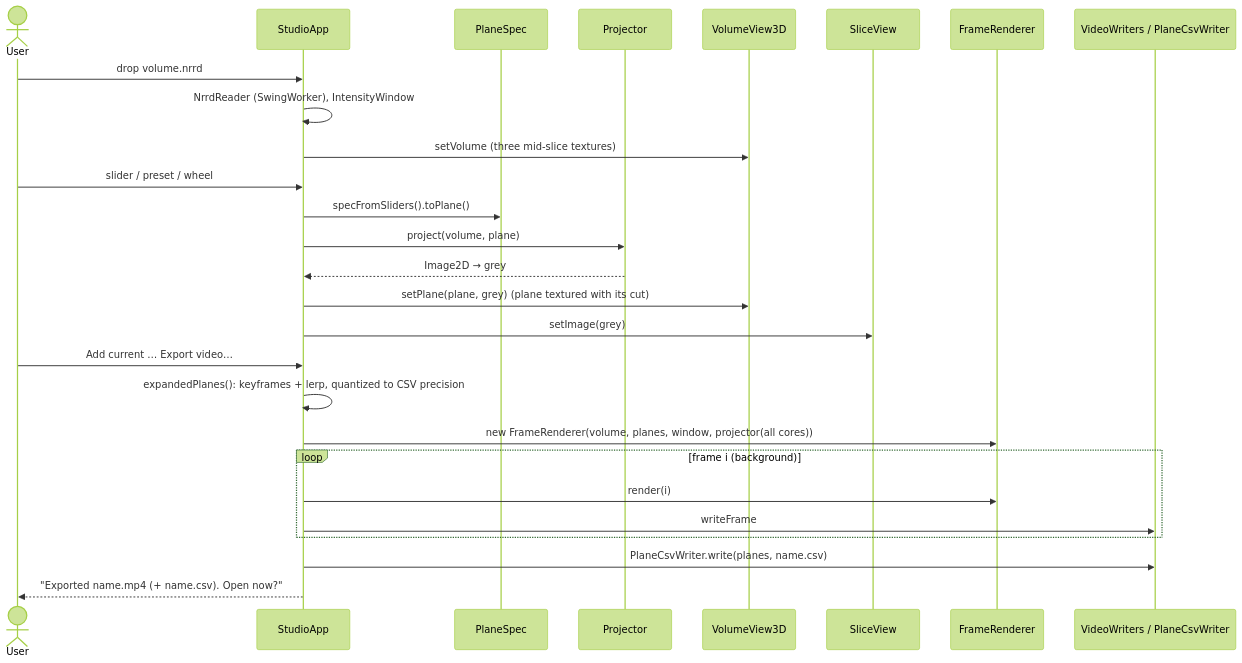
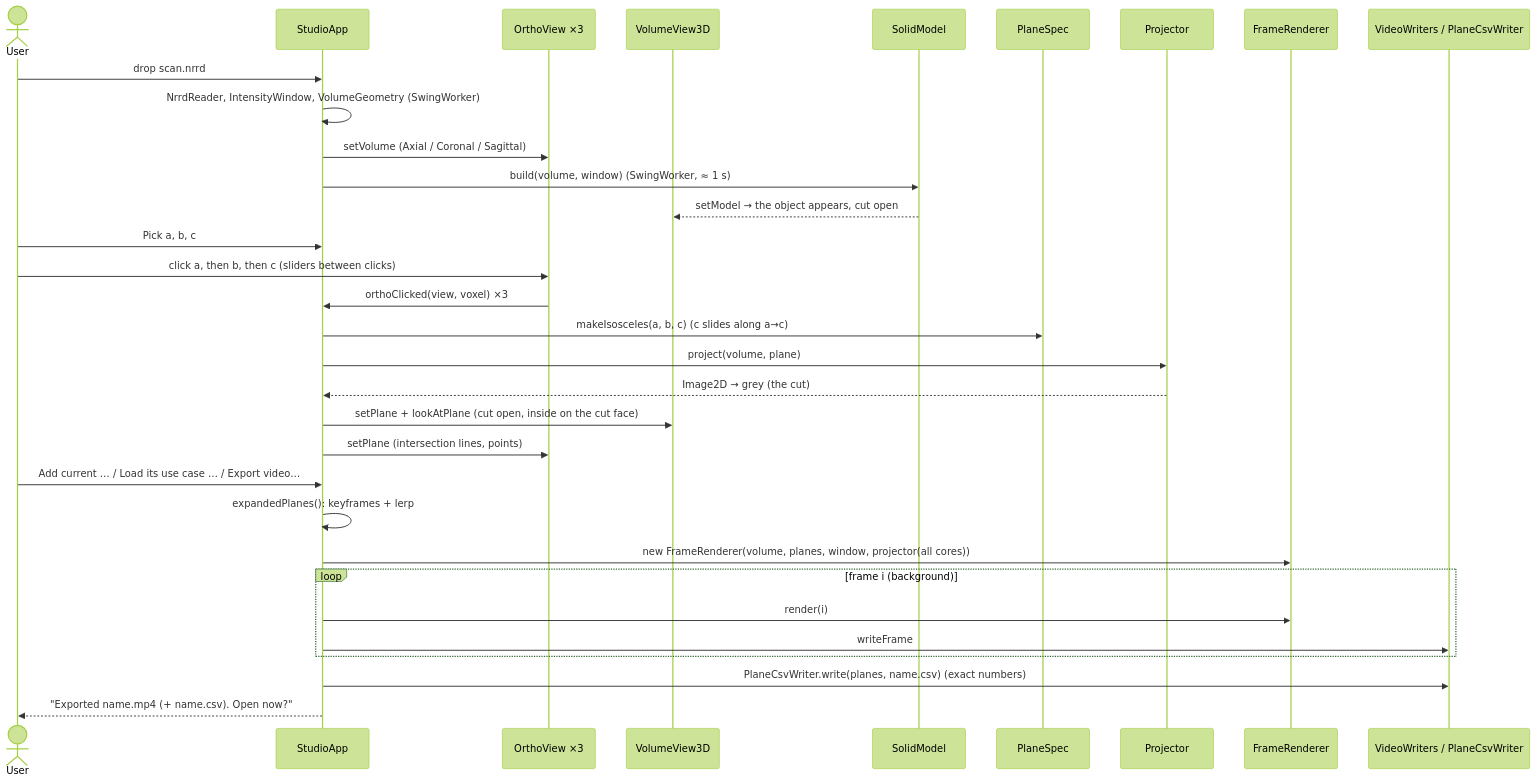
Before and after one commit to NoamTheGolem/Intro2SE_Ex1: the sixth of 6 diagrams in docs/SDD.md, drawn with Mermaid (forest theme). The commit also changed other lines of this file and 24 other files, not shown here.

````diff
--- a/docs/SDD.md
+++ b/docs/SDD.md
@@ -253,29 +323,34 @@
 ```mermaid
 sequenceDiagram
     actor U as User
     participant S as StudioApp
+    participant O as OrthoView ×3
+    participant V3 as VolumeView3D
+    participant M as SolidModel
     participant PS as PlaneSpec
     participant P as Projector
-    participant V3 as VolumeView3D
-    participant V2 as SliceView
     participant R as FrameRenderer
     participant W as VideoWriters / PlaneCsvWriter
-    U->>S: drop volume.nrrd
-    S->>S: NrrdReader (SwingWorker), IntensityWindow
-    S->>V3: setVolume (three mid-slice textures)
-    U->>S: slider / preset / wheel
-    S->>PS: specFromSliders().toPlane()
+    U->>S: drop scan.nrrd
+    S->>S: NrrdReader, IntensityWindow, VolumeGeometry (SwingWorker)
+    S->>O: setVolume (Axial / Coronal / Sagittal)
+    S->>M: build(volume, window) (SwingWorker, ≈ 1 s)
+    M-->>V3: setModel → the object appears, cut open
+    U->>S: Pick a, b, c
+    U->>O: click a, then b, then c (sliders between clicks)
+    O->>S: orthoClicked(view, voxel) ×3
+    S->>PS: makeIsosceles(a, b, c)  (c slides along a→c)
     S->>P: project(volume, plane)
-    P-->>S: Image2D → grey
-    S->>V3: setPlane(plane, grey)  (plane textured with its cut)
-    S->>V2: setImage(grey)
-    U->>S: Add current … Export video…
-    S->>S: expandedPlanes(): keyframes + lerp, quantized to CSV precision
+    P-->>S: Image2D → grey (the cut)
+    S->>V3: setPlane + lookAtPlane (cut open, inside on the cut face)
+    S->>O: setPlane (intersection lines, points)
+    U->>S: Add current … / Load its use case … / Export video…
+    S->>S: expandedPlanes(): keyframes + lerp
     S->>R: new FrameRenderer(volume, planes, window, projector(all cores))
     loop frame i (background)
         S->>R: render(i)
         S->>W: writeFrame
     end
-    S->>W: PlaneCsvWriter.write(planes, name.csv)
+    S->>W: PlaneCsvWriter.write(planes, name.csv)  (exact numbers)
     S-->>U: "Exported name.mp4 (+ name.csv). Open now?"
 ```
````
